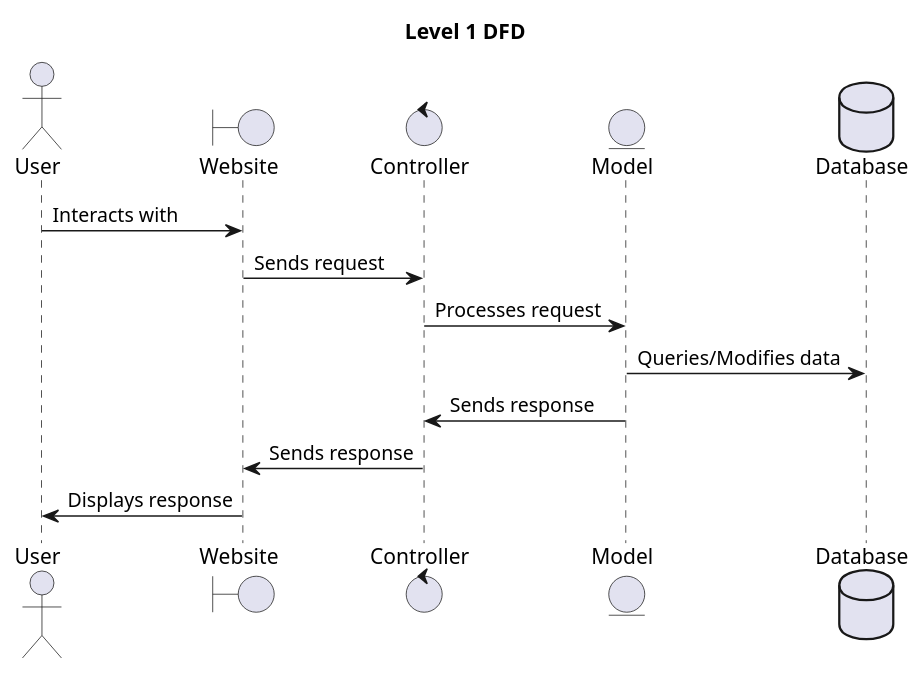
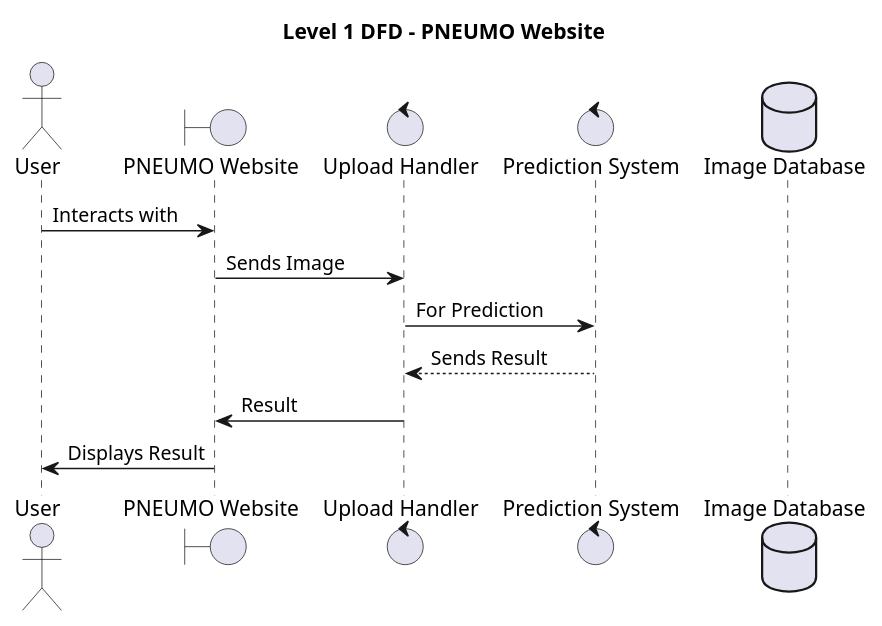
One commit to Abhiram-P-Ashok/Pneumo-tfjs changed the diagram in dfd1.puml. Above: the diagram before and after it, drawn with PlantUML. The commit also changed 2 other files, not shown here.

```diff
--- a/dfd1.puml
+++ b/dfd1.puml
@@ -1,18 +1,18 @@
 @startuml dfd1
-title Level 1 DFD
 
-actor User as U
-boundary Website as W
-control Controller as C
-entity Model as M
-database Database as D
+title Level 1 DFD - PNEUMO Website
 
-U -> W : Interacts with
-W -> C : Sends request
-C -> M : Processes request
-M -> D : Queries/Modifies data
-M -> C : Sends response
-C -> W : Sends response
-W -> U : Displays response
+actor User as User
+boundary "PNEUMO Website" as Website
+control "Upload Handler" as UploadHandler
+control "Prediction System" as PredictionSystem
+database "Image Database" as ImageDB
+
+User -> Website : Interacts with
+Website -> UploadHandler : Sends Image
+UploadHandler -> PredictionSystem : For Prediction
+PredictionSystem --> UploadHandler : Sends Result
+UploadHandler -> Website : Result
+Website -> User : Displays Result
 
 @enduml
```
